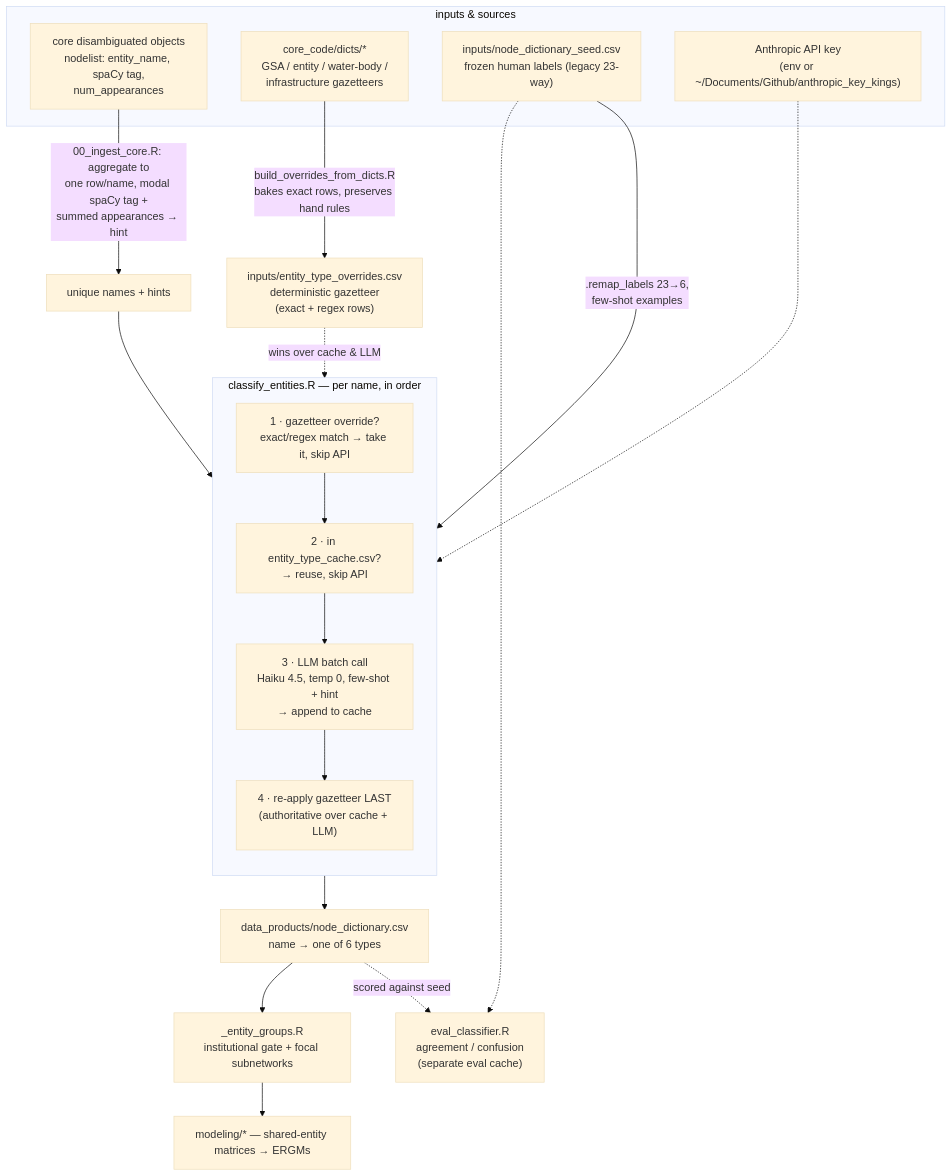
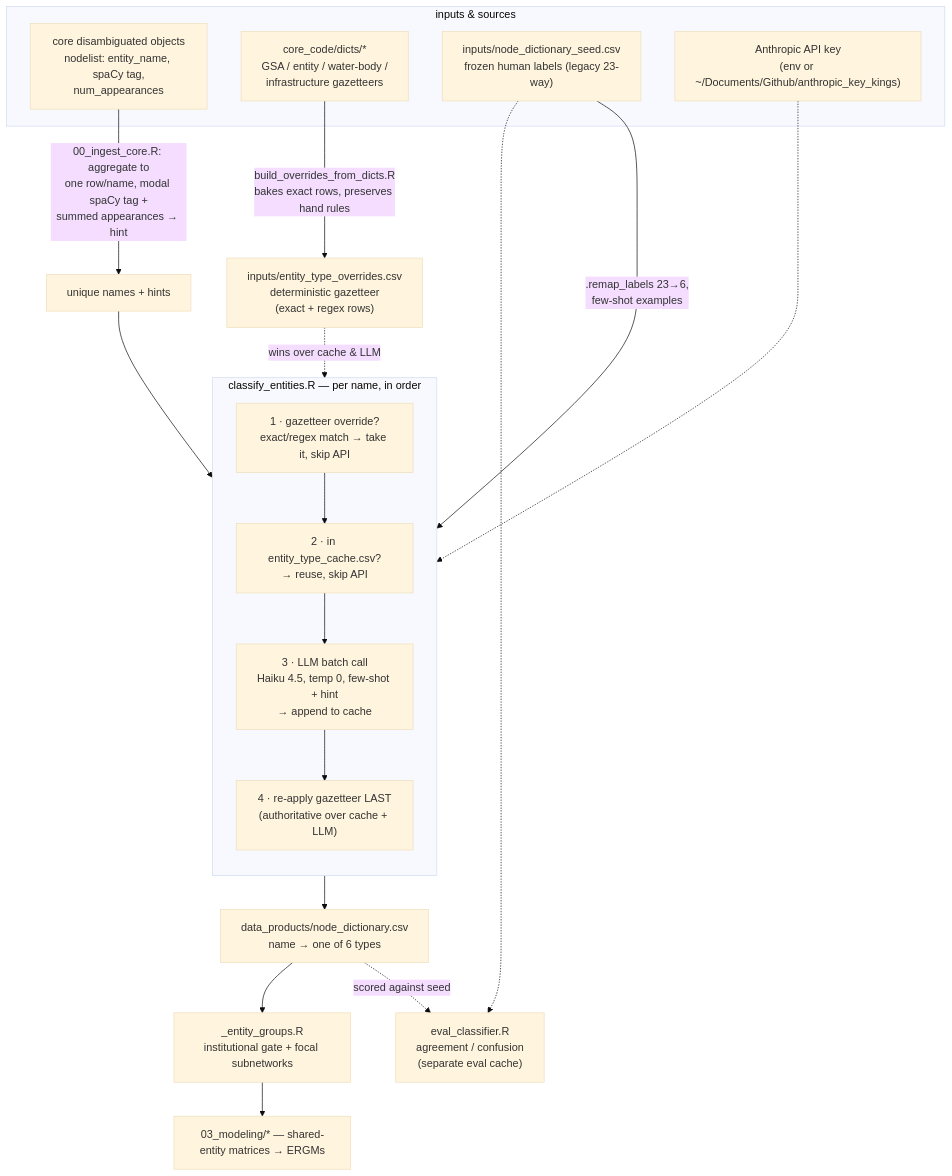
One commit to ucd-cepb/kings changed the diagram in Network_Innovation_Paper/Code/ENTITY_TAGGING.md. Above: the diagram before and after it, drawn with Mermaid (base theme). The commit also changed other lines of this file and 30 other files, not shown here.

````diff
--- a/Network_Innovation_Paper/Code/ENTITY_TAGGING.md
+++ b/Network_Innovation_Paper/Code/ENTITY_TAGGING.md
@@ -45,36 +45,36 @@
 ```mermaid
 flowchart TD
     subgraph inputs["inputs & sources"]
         core["core disambiguated objects<br/>nodelist: entity_name, spaCy tag,<br/>num_appearances"]
         dicts["core_code/dicts/*<br/>GSA / entity / water-body /<br/>infrastructure gazetteers"]
         seed["inputs/node_dictionary_seed.csv<br/>frozen human labels (legacy 23-way)"]
         key["Anthropic API key<br/>(env or ~/Documents/Github/anthropic_key_kings)"]
     end
 
     dicts -->|build_overrides_from_dicts.R<br/>bakes exact rows, preserves hand rules| ov
     ov["inputs/entity_type_overrides.csv<br/>deterministic gazetteer<br/>(exact + regex rows)"]
 
     core -->|00_ingest_core.R: aggregate to<br/>one row/name, modal spaCy tag +<br/>summed appearances → hint| agg["unique names + hints"]
 
     seed -->|.remap_labels 23→6,<br/>few-shot examples| clf
     agg --> clf
 
     subgraph clf["classify_entities.R — per name, in order"]
         direction TB
         step1["1 · gazetteer override?<br/>exact/regex match → take it, skip API"]
         step2["2 · in entity_type_cache.csv?<br/>→ reuse, skip API"]
         step3["3 · LLM batch call<br/>Haiku 4.5, temp 0, few-shot + hint<br/>→ append to cache"]
         step4["4 · re-apply gazetteer LAST<br/>(authoritative over cache + LLM)"]
         step1 --> step2 --> step3 --> step4
     end
 
     ov -.->|wins over cache & LLM| clf
     key -.-> clf
 
     clf --> nd["data_products/node_dictionary.csv<br/>name → one of 6 types"]
     nd --> groups["_entity_groups.R<br/>institutional gate + focal subnetworks"]
-    groups --> model["modeling/* — shared-entity matrices → ERGMs"]
+    groups --> model["03_modeling/* — shared-entity matrices → ERGMs"]
 
     nd -.->|scored against seed| eval["eval_classifier.R<br/>agreement / confusion<br/>(separate eval cache)"]
     seed -.-> eval
 ```
````
